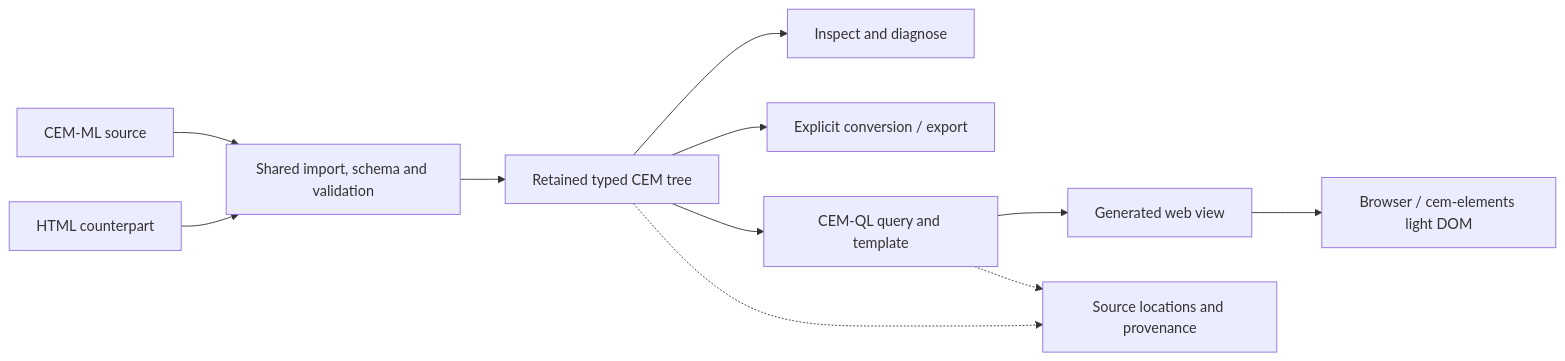
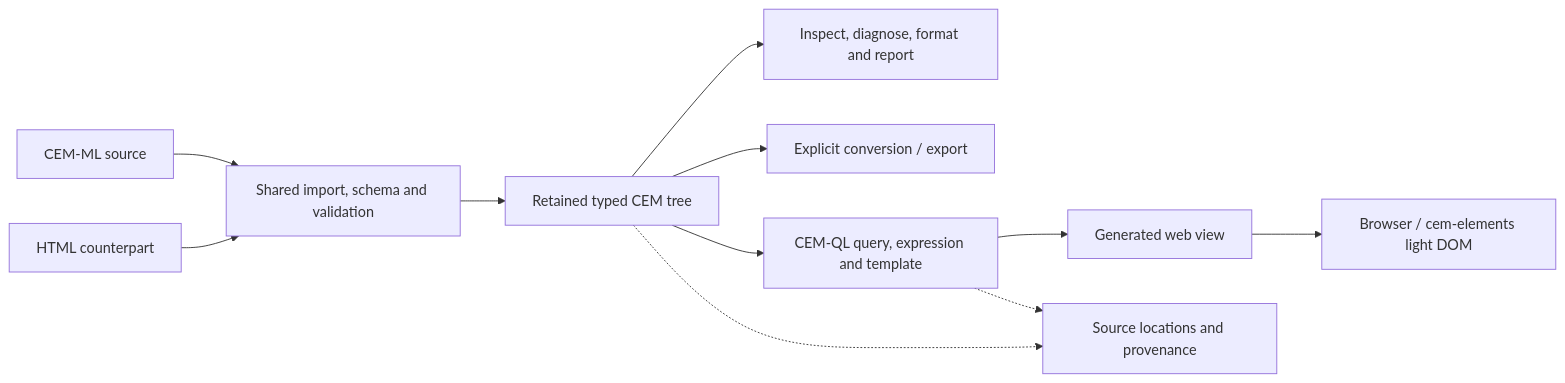
Before and after one commit to EPA-WG/cem: the diagram in docs/declarative-amsterdam-2026/presentation.md, drawn with Mermaid. The commit also changed other lines of this file and 15 other files, not shown here.

````diff
--- a/docs/declarative-amsterdam-2026/presentation.md
+++ b/docs/declarative-amsterdam-2026/presentation.md
@@ -227,13 +310,13 @@
 ```mermaid
 flowchart LR
     A["CEM-ML source"] --> C["Shared import, schema and validation"]
     B["HTML counterpart"] --> C
     C --> D["Retained typed CEM tree"]
-    D --> E["Inspect and diagnose"]
+    D --> E["Inspect, diagnose, format and report"]
     D --> F["Explicit conversion / export"]
-    D --> G["CEM-QL query and template"]
+    D --> G["CEM-QL query, expression and template"]
     G --> H["Generated web view"]
     H --> I["Browser / cem-elements light DOM"]
     D -.-> J["Source locations and provenance"]
     G -.-> J
 ```
````
